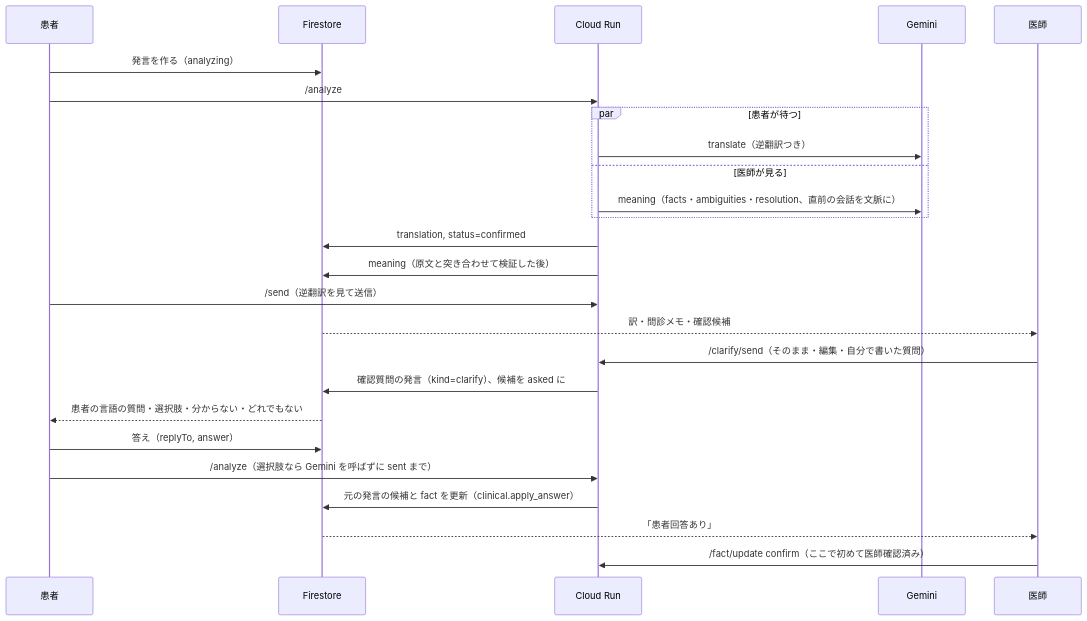
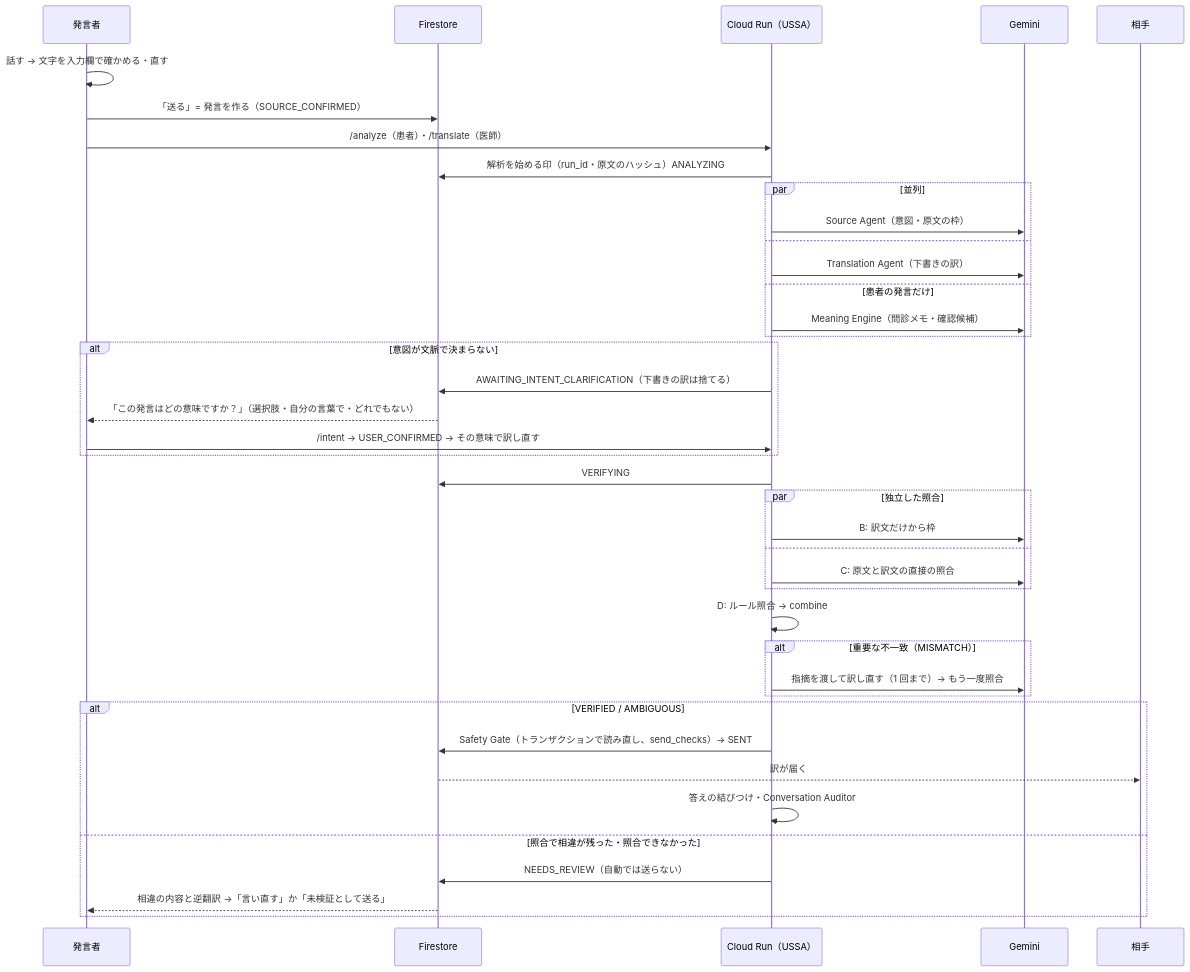
The second of 3 diagrams in ARCHITECTURE.md (Devfest-Hackathon-2026/df-2026-t085), drawn with Mermaid before and after one commit. The commit also changed other lines of this file and 9 other files, not shown here.

First line of the commit message:
ドキュメントを UNSAID 2.0（USSA）に更新・スモークテストを Safety Gate の流れに

````diff
--- a/ARCHITECTURE.md
+++ b/ARCHITECTURE.md
@@ -64,27 +54,42 @@
 ```mermaid
 sequenceDiagram
-  participant P as 患者
+  participant S as 発言者
   participant F as Firestore
-  participant R as Cloud Run
+  participant R as Cloud Run（USSA）
   participant G as Gemini
-  participant D as 医師
-  P->>F: 発言を作る（analyzing）
-  P->>R: /analyze
-  par 患者が待つ
-    R->>G: translate（逆翻訳つき）
-  and 医師が見る
-    R->>G: meaning（facts・ambiguities・resolution、直前の会話を文脈に）
+  participant L as 相手
+  S->>S: 話す → 文字を入力欄で確かめる・直す
+  S->>F: 「送る」= 発言を作る（SOURCE_CONFIRMED）
+  S->>R: /analyze（患者）・/translate（医師）
+  R->>F: 解析を始める印（run_id・原文のハッシュ）ANALYZING
+  par 並列
+    R->>G: Source Agent（意図・原文の枠）
+  and
+    R->>G: Translation Agent（下書きの訳）
+  and 患者の発言だけ
+    R->>G: Meaning Engine（問診メモ・確認候補）
   end
-  R->>F: translation, status=confirmed
-  R->>F: meaning（原文と突き合わせて検証した後）
-  P->>R: /send（逆翻訳を見て送信）
-  F-->>D: 訳・問診メモ・確認候補
-  D->>R: /clarify/send（そのまま・編集・自分で書いた質問）
-  R->>F: 確認質問の発言（kind=clarify）、候補を asked に
-  F-->>P: 患者の言語の質問・選択肢・分からない・どれでもない
-  P->>F: 答え（replyTo, answer）
-  P->>R: /analyze（選択肢なら Gemini を呼ばずに sent まで）
-  R->>F: 元の発言の候補と fact を更新（clinical.apply_answer）
-  F-->>D: 「患者回答あり」
-  D->>R: /fact/update confirm（ここで初めて医師確認済み）
+  alt 意図が文脈で決まらない
+    R->>F: AWAITING_INTENT_CLARIFICATION（下書きの訳は捨てる）
+    F-->>S: 「この発言はどの意味ですか？」（選択肢・自分の言葉で・どれでもない）
+    S->>R: /intent → USER_CONFIRMED → その意味で訳し直す
+  end
+  R->>F: VERIFYING
+  par 独立した照合
+    R->>G: B: 訳文だけから枠
+  and
+    R->>G: C: 原文と訳文の直接の照合
+  end
+  R->>R: D: ルール照合 → combine
+  alt 重要な不一致（MISMATCH）
+    R->>G: 指摘を渡して訳し直す（1 回まで）→ もう一度照合
+  end
+  alt VERIFIED / AMBIGUOUS
+    R->>F: Safety Gate（トランザクションで読み直し、send_checks）→ SENT
+    F-->>L: 訳が届く
+    R->>R: 答えの結びつけ・Conversation Auditor
+  else 照合で相違が残った・照合できなかった
+    R->>F: NEEDS_REVIEW（自動では送らない）
+    F-->>S: 相違の内容と逆翻訳 →「言い直す」か「未検証として送る」
+  end
 ```
````
